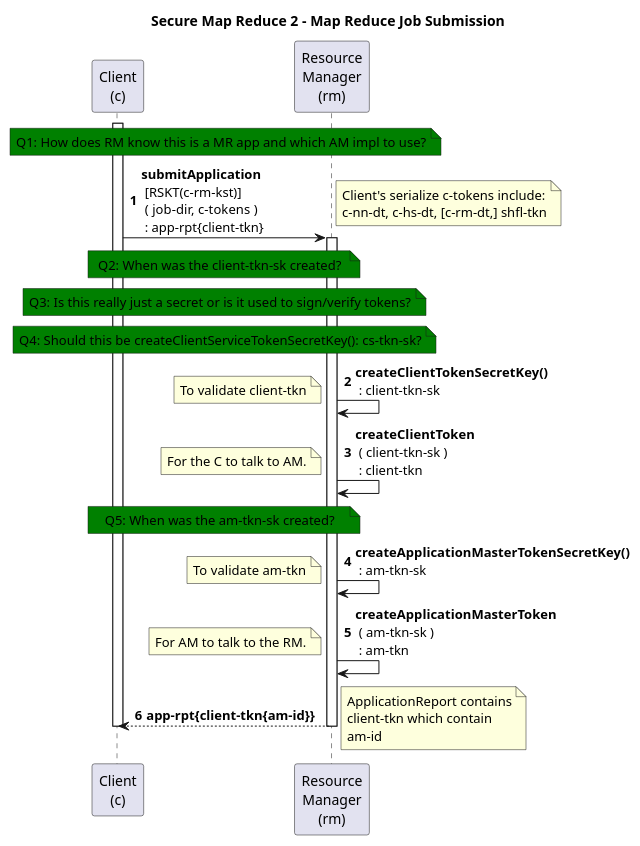
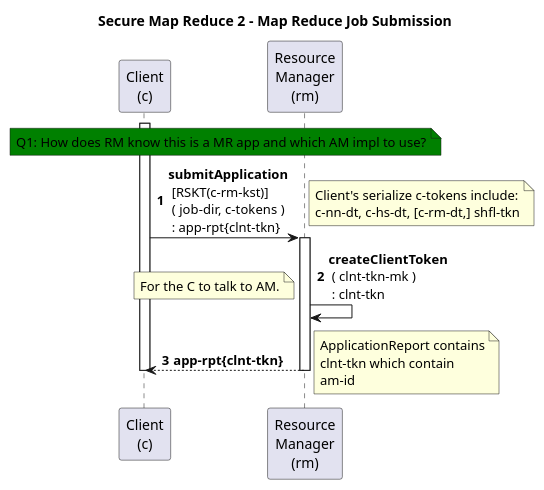
One commit to kminder/puml changed the diagram in hadoop/src/mr2/secure-mapreduce2-03-job-submission.puml. Above: the diagram before and after it, drawn with PlantUML. The commit also changed 37 other files, not shown here.

```diff
--- a/hadoop/src/mr2/secure-mapreduce2-03-job-submission.puml
+++ b/hadoop/src/mr2/secure-mapreduce2-03-job-submission.puml
@@ -1,62 +1,44 @@
 @startuml
 title Secure Map Reduce 2 - Map Reduce Job Submission
 autonumber
 'hide footbox
 
 'participant "Kerberos\nKDC" as KDC
 participant "Client\n(c)" as C
 participant "Resource\nManager\n(rm)" as RM
 'participant "History\nServer\n(hs)" as HS
 'participant "Node\nManager\n(nm)" as NM
-'participant "Shuffle\nService\n(ss)" as SS
+'participant "Shuffle\nHandler\n(ss)" as SS
 'participant "Application\nMaster\n(am)" as AM
 'participant "Client\nService\n(cs)" as CS
 'participant "Application\nContainer\n(ac)" as AC #red
 'participant "Task\n(t)" as T #orange
 'participant "File\nSystem\n(fs)" as FS
 'participant "Name\nNode\n(nn)" as NN
 'participant "Data\nNode\n(dn)" as DN
 
-  'note over C,RM #green: QUESTION: ?
+'note over C,RM #green: QUESTION: ?
 
   activate C
 
 note over C,RM #green: Q1: How does RM know this is a MR app and which AM impl to use?
 
 '1
-C->RM: <b>submitApplication\n [RSKT(c-rm-kst)]\n ( job-dir, c-tokens )\n : app-rpt{client-tkn}
+C->RM: <b>submitApplication\n [RSKT(c-rm-kst)]\n ( job-dir, c-tokens )\n : app-rpt{clnt-tkn}
   note right: Client's serialize c-tokens include:\nc-nn-dt, c-hs-dt, [c-rm-dt,] shfl-tkn
 
   activate RM
 
-note over C,RM #green: Q2: When was the client-tkn-sk created?
-note over C,RM #green: Q3: Is this really just a secret or is it used to sign/verify tokens?
-note over C,RM #green: Q4: Should this be createClientServiceTokenSecretKey(): cs-tkn-sk?
-
-'2
-RM->RM: <b>createClientTokenSecretKey()\n : client-tkn-sk
-  note left: To validate client-tkn
-
 '3
-RM->RM: <b>createClientToken\n ( client-tkn-sk )\n : client-tkn
+RM->RM: <b>createClientToken\n ( clnt-tkn-mk )\n : clnt-tkn
   note left: For the C to talk to AM.
 
-note over C,RM #green: Q5: When was the am-tkn-sk created?
-
-'4
-RM->RM: <b>createApplicationMasterTokenSecretKey()\n : am-tkn-sk
-  note left: To validate am-tkn
-
-'5
-RM->RM: <b>createApplicationMasterToken\n ( am-tkn-sk )\n : am-tkn
-  note left: For AM to talk to the RM.
-
 '6
-C<--RM: <b>app-rpt{client-tkn{am-id}}
-  note right: ApplicationReport contains\nclient-tkn which contain\nam-id
+C<--RM: <b>app-rpt{clnt-tkn}
+  note right: ApplicationReport contains\nclnt-tkn which contain\nam-id
 
   deactivate RM
   deactivate C
 
 
 @enduml
```
